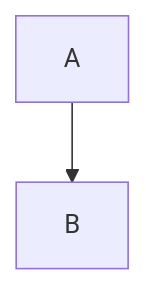
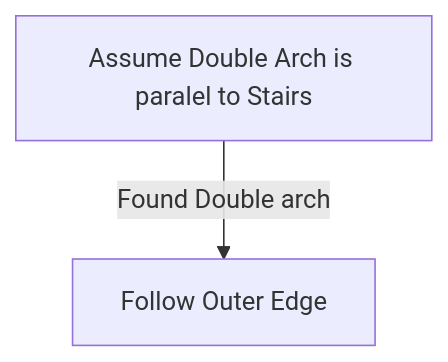
The diagram in docs/PoE2/Act 4/Arastas.md (FabianS-Privat/CyclonCheatSheetSite), drawn with Mermaid before and after one commit. The commit also changed other lines of this file and 42 other files, not shown here.

````diff
--- a/docs/PoE2/Act 4/Arastas.md
+++ b/docs/PoE2/Act 4/Arastas.md
@@ -13,4 +27,4 @@
 ```mermaid
 graph TD;
-A-->B
+A[Assume Double Arch is paralel to Stairs]-->|Found Double arch|B[Follow Outer Edge]
 ```
````
